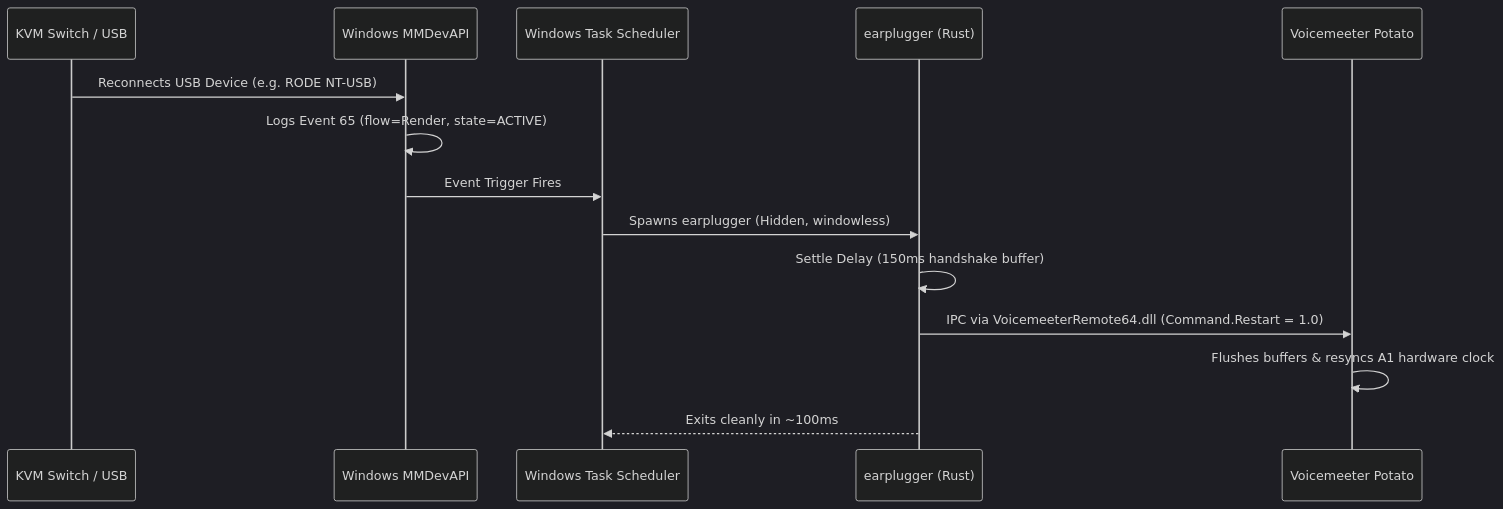
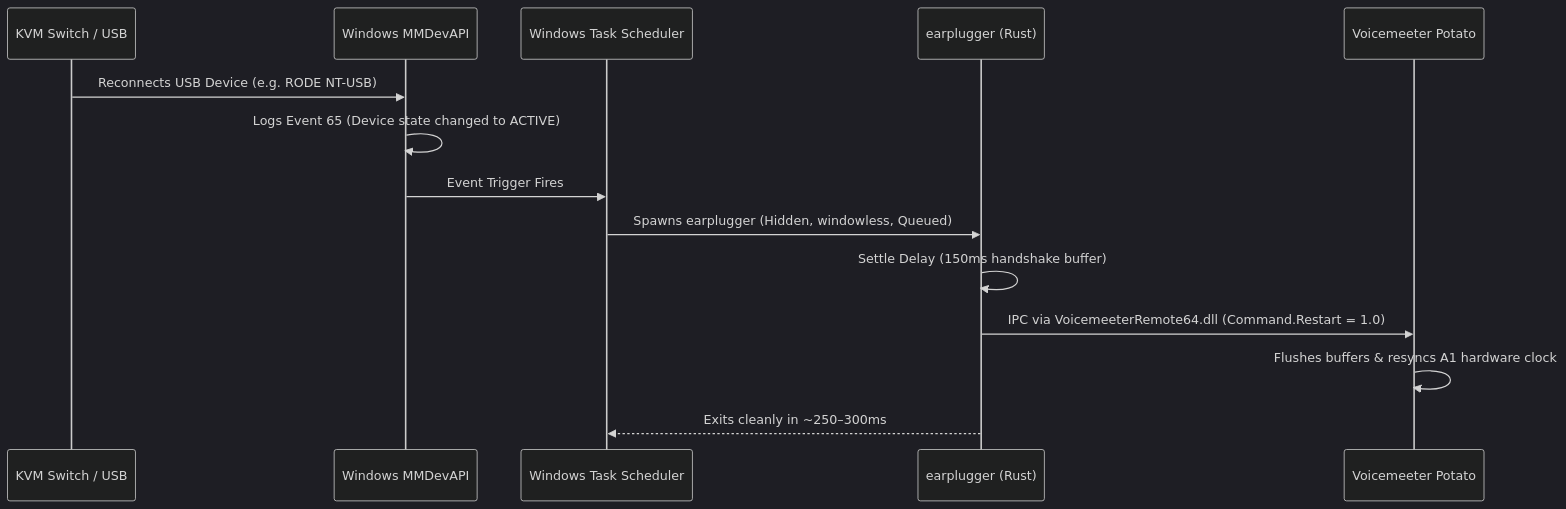
The diagram in README.md (johnathangallagher/earplugger), drawn with Mermaid (dark theme) before and after one commit. The commit also changed other lines of this file and 18 other files, not shown here.

````diff
--- a/README.md
+++ b/README.md
@@ -40,17 +40,17 @@
 ```mermaid
 sequenceDiagram
     participant KVM as KVM Switch / USB
     participant Win as Windows MMDevAPI
     participant Task as Windows Task Scheduler
     participant EP as earplugger (Rust)
     participant VM as Voicemeeter Potato
 
     KVM->>Win: Reconnects USB Device (e.g. RODE NT-USB)
-    Win->>Win: Logs Event 65 (flow=Render, state=ACTIVE)
+    Win->>Win: Logs Event 65 (Device state changed to ACTIVE)
     Win->>Task: Event Trigger Fires
-    Task->>EP: Spawns earplugger (Hidden, windowless)
+    Task->>EP: Spawns earplugger (Hidden, windowless, Queued)
     EP->>EP: Settle Delay (150ms handshake buffer)
     EP->>VM: IPC via VoicemeeterRemote64.dll (Command.Restart = 1.0)
     VM->>VM: Flushes buffers & resyncs A1 hardware clock
-    EP-->>Task: Exits cleanly in ~100ms
+    EP-->>Task: Exits cleanly in ~250–300ms
 ```
````
